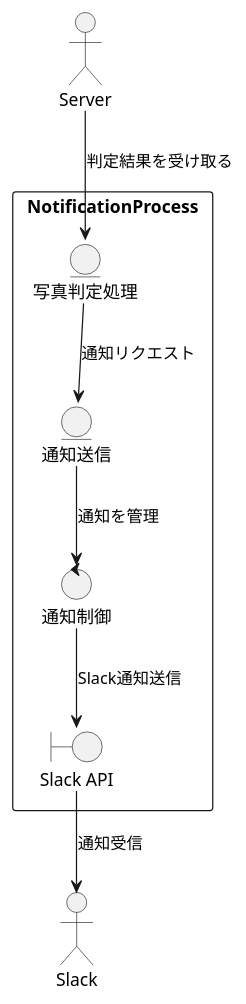
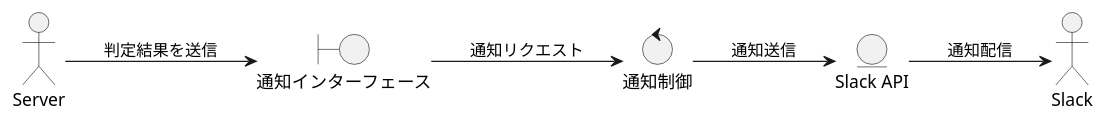
Before and after one commit to kangy106/OkatadukeClub: the diagram in notificationLobo.puml, drawn with PlantUML. The commit also changed other lines of this file, not shown here.

```diff
--- a/notificationLobo.puml
+++ b/notificationLobo.puml
@@ -1,16 +1,15 @@
 @startuml
-' ロバストネス図: 通知送信処理
+' ロバストネス図（横向き）: 通知送信処理
+left to right direction
+
 actor "Server" as Server
+boundary "通知インターフェース" as Boundary
+control "通知制御" as Control
+entity "Slack API" as API
 actor "Slack" as Slack
-rectangle NotificationProcess {
-    entity "写真判定処理" as Processing
-    entity "通知送信" as Sending
-    boundary "Slack API" as API
-    control "通知制御" as Control
-}
-Server --> Processing : 判定結果を受け取る
-Processing --> Sending : 通知リクエスト
-Sending --> Control : 通知を管理
-Control --> API : Slack通知送信
-API --> Slack : 通知受信
+
+Server --> Boundary : 判定結果を送信
+Boundary --> Control : 通知リクエスト
+Control --> API : 通知送信
+API --> Slack : 通知配信
 @enduml
```
